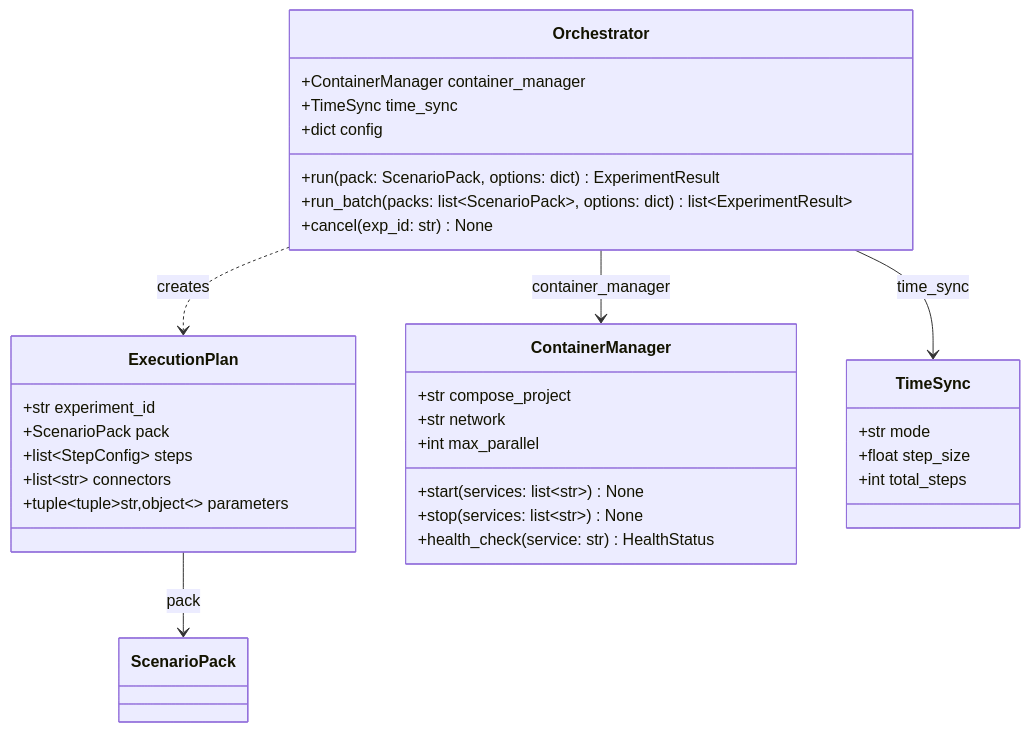
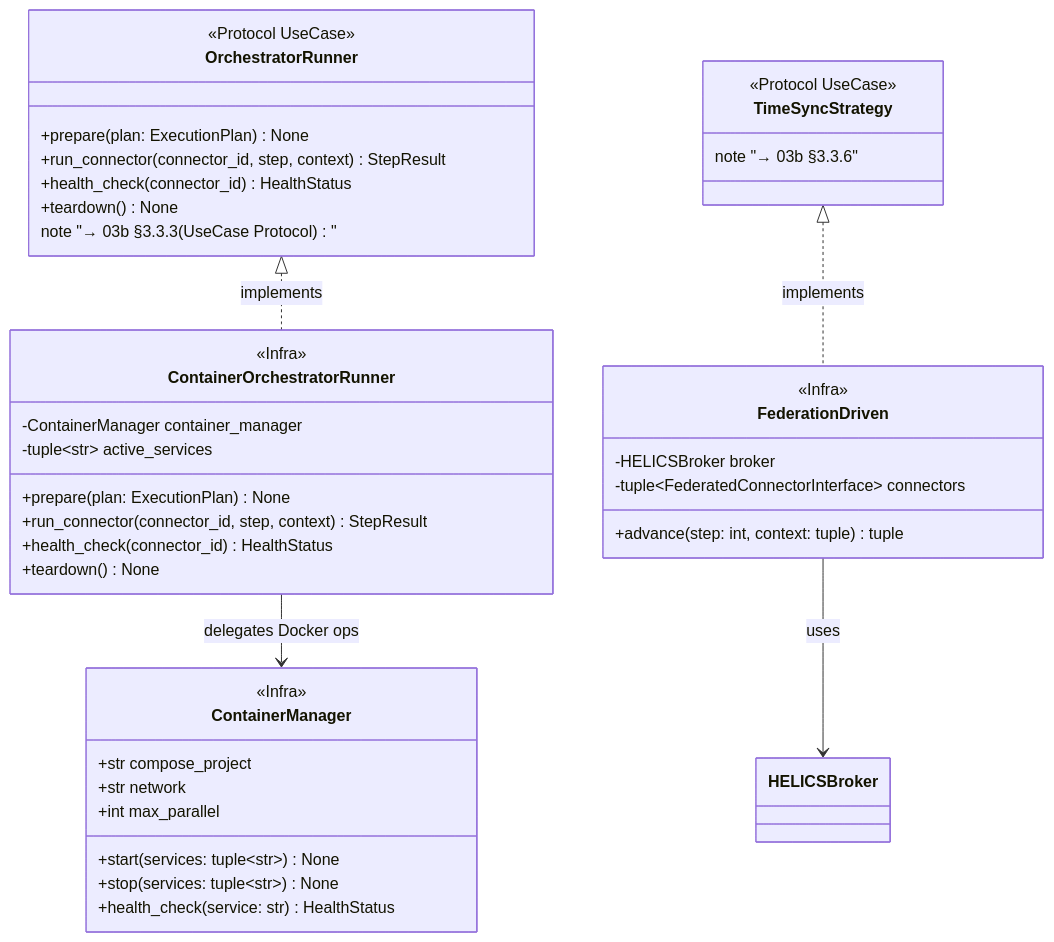
One commit to bottlenome/gridflow changed the first of 3 diagrams in docs/detailed_design/03d_infra_classes.md. Above: the diagram before and after it, drawn with Mermaid. The commit also changed other lines of this file and 8 other files, not shown here.

````diff
--- a/docs/detailed_design/03d_infra_classes.md
+++ b/docs/detailed_design/03d_infra_classes.md
@@ -29,39 +43,48 @@
 ```mermaid
 classDiagram
-    class Orchestrator {
-        +ContainerManager container_manager
-        +TimeSync time_sync
-        +dict config
-        +run(pack: ScenarioPack, options: dict) ExperimentResult
-        +run_batch(packs: list~ScenarioPack~, options: dict) list~ExperimentResult~
-        +cancel(exp_id: str) None
+    class OrchestratorRunner {
+        <<Protocol UseCase>>
+        +prepare(plan: ExecutionPlan) None
+        +run_connector(connector_id, step, context) StepResult
+        +health_check(connector_id) HealthStatus
+        +teardown() None
+        note "→ 03b §3.3.3 (UseCase Protocol)"
     }
 
-    class ExecutionPlan {
-        +str experiment_id
-        +ScenarioPack pack
-        +list~StepConfig~ steps
-        +list~str~ connectors
-        +tuple~tuple~str,object~~ parameters
+    class ContainerOrchestratorRunner {
+        <<Infra>>
+        -ContainerManager container_manager
+        -tuple~str~ active_services
+        +prepare(plan: ExecutionPlan) None
+        +run_connector(connector_id, step, context) StepResult
+        +health_check(connector_id) HealthStatus
+        +teardown() None
     }
 
     class ContainerManager {
+        <<Infra>>
         +str compose_project
         +str network
         +int max_parallel
-        +start(services: list~str~) None
-        +stop(services: list~str~) None
+        +start(services: tuple~str~) None
+        +stop(services: tuple~str~) None
         +health_check(service: str) HealthStatus
     }
 
-    class TimeSync {
-        +str mode
-        +float step_size
-        +int total_steps
+    class FederationDriven {
+        <<Infra>>
+        -HELICSBroker broker
+        -tuple~FederatedConnectorInterface~ connectors
+        +advance(step: int, context: tuple) tuple
     }
 
-    Orchestrator --> ContainerManager : container_manager
-    Orchestrator --> TimeSync : time_sync
-    Orchestrator ..> ExecutionPlan : creates
-    ExecutionPlan --> ScenarioPack : pack
+    class TimeSyncStrategy {
+        <<Protocol UseCase>>
+        note "→ 03b §3.3.6"
+    }
+
+    OrchestratorRunner <|.. ContainerOrchestratorRunner : implements
+    ContainerOrchestratorRunner --> ContainerManager : delegates Docker ops
+    TimeSyncStrategy <|.. FederationDriven : implements
+    FederationDriven --> HELICSBroker : uses
 ```
````
